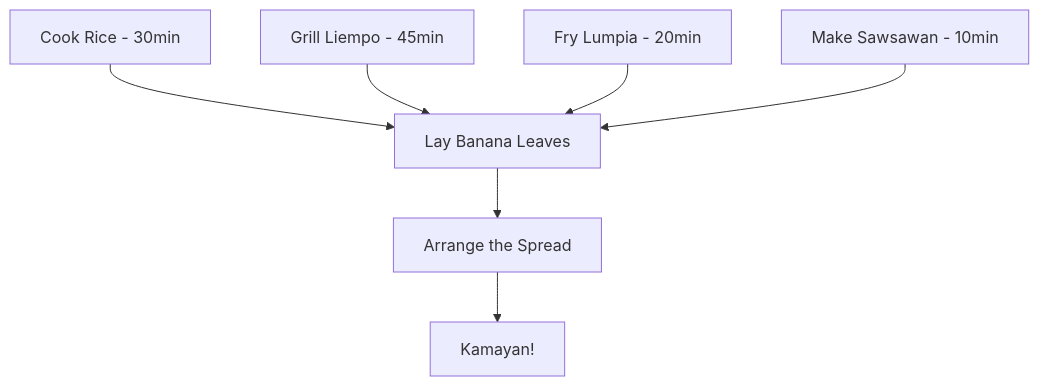
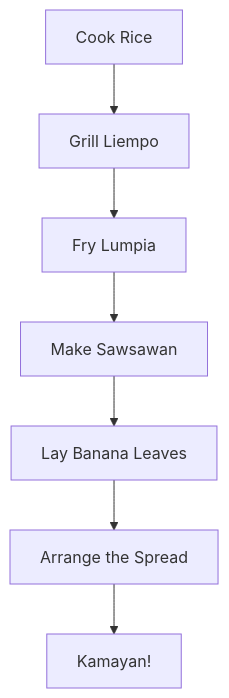
One commit to MrNiceRicee/liham changed the diagram in examples/kamayan-feast.md. Above: the diagram before and after it, drawn with Mermaid. The commit also changed 3 other files, not shown here.

````diff
--- a/examples/kamayan-feast.md
+++ b/examples/kamayan-feast.md
@@ -25,9 +25,9 @@
 ```mermaid
 graph TD
-    A[Cook Rice - 30min] --> E[Lay Banana Leaves]
-    B[Grill Liempo - 45min] --> E
-    C[Fry Lumpia - 20min] --> E
-    D[Make Sawsawan - 10min] --> E
+    A[Cook Rice] --> B[Grill Liempo]
+    B --> C[Fry Lumpia]
+    C --> D[Make Sawsawan]
+    D --> E[Lay Banana Leaves]
     E --> F[Arrange the Spread]
     F --> G[Kamayan!]
 ```
````
